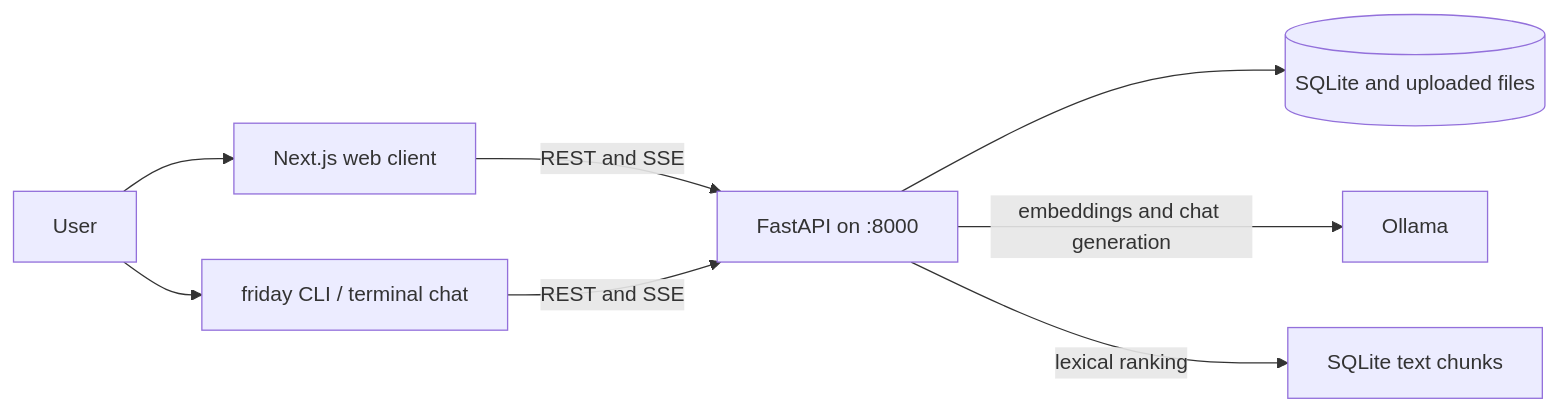
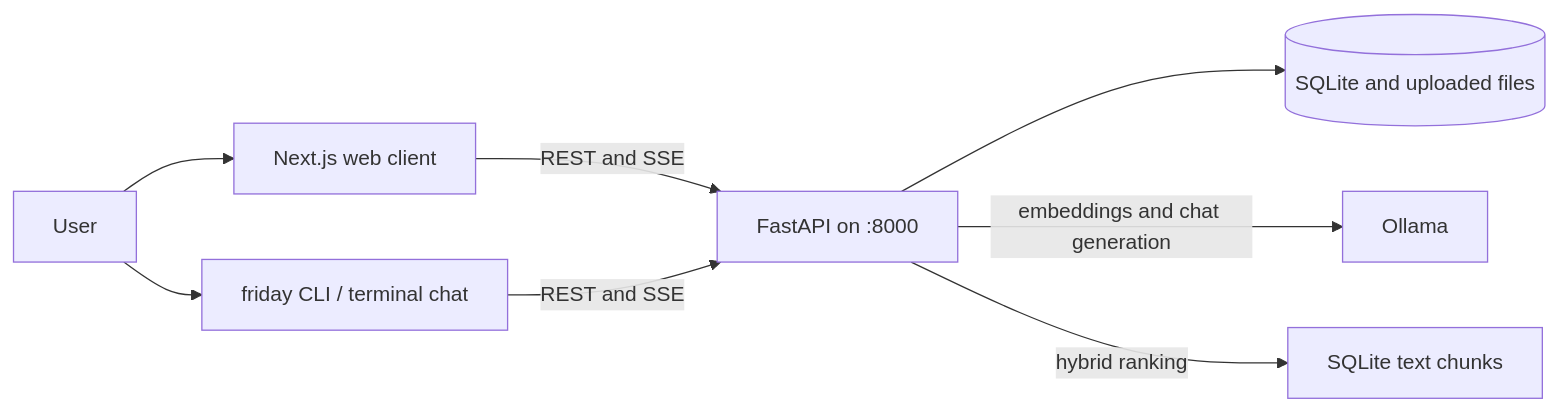
Before and after one commit to veer-bajpai/FRIDAY-Local-First-AI-Developer-and-Knowledge-Assistant: the first of 3 diagrams in README.md, drawn with Mermaid. The commit also changed other lines of this file and 98 other files, not shown here.

````diff
--- a/README.md
+++ b/README.md
@@ -231,10 +235,10 @@
 ```mermaid
 flowchart LR
    User --> Web[Next.js web client]
    User --> CLI[friday CLI / terminal chat]
    Web -->|REST and SSE| API[FastAPI on :8000]
    CLI -->|REST and SSE| API
    API --> DB[(SQLite and uploaded files)]
    API -->|embeddings and chat generation| Ollama[Ollama]
-   API -->|lexical ranking| Chunks[SQLite text chunks]
+   API -->|hybrid ranking| Chunks[SQLite text chunks]
 ```
````
